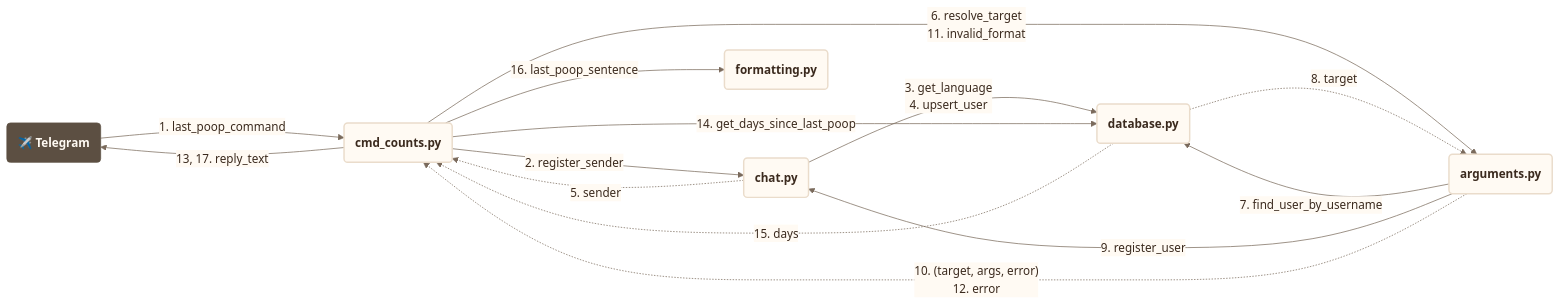
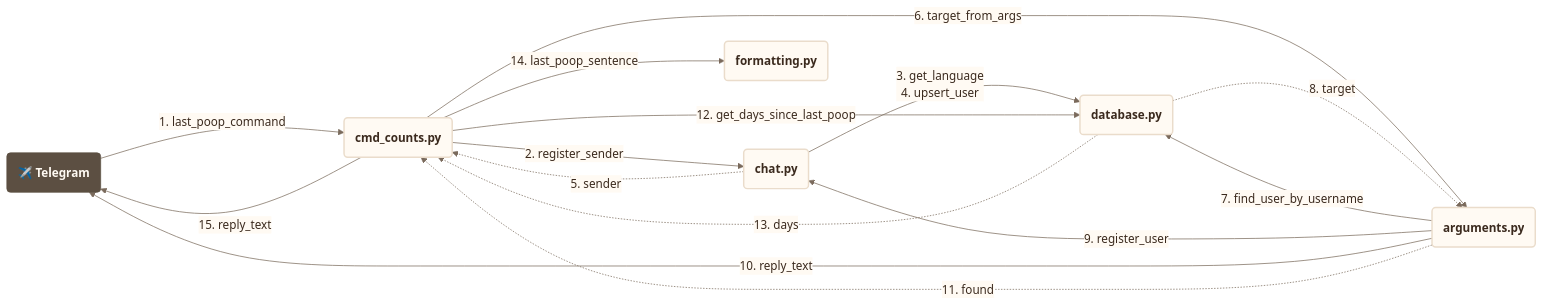
One commit to francescoperrino/Caccometro changed diagram 21 of 42 in docs/use_cases.md. Above: the diagram before and after it, drawn with Mermaid. The commit also changed other lines of this file and 9 other files, not shown here.

````diff
--- a/docs/use_cases.md
+++ b/docs/use_cases.md
@@ -1838,60 +1870,61 @@
 ```mermaid
 ---
 config:
   theme: base
   themeVariables:
     fontFamily: "Nunito, Segoe UI, Roboto, sans-serif"
     primaryColor: "#fffaf3"
     primaryTextColor: "#3b2a1e"
     primaryBorderColor: "#eadccb"
     secondaryColor: "#f7ecdc"
     tertiaryColor: "#f3e4d0"
     lineColor: "#7a6a5c"
     textColor: "#3b2a1e"
     edgeLabelBackground: "#fffaf3"
     clusterBkg: "#f3e4d0"
     clusterBorder: "#cbbca9"
     titleColor: "#5c4f42"
     noteBkgColor: "#f7ecdc"
     noteTextColor: "#3b2a1e"
     actorBkg: "#fffaf3"
     actorBorder: "#5c4f42"
     actorTextColor: "#3b2a1e"
     signalColor: "#7a6a5c"
     signalTextColor: "#3b2a1e"
     labelBoxBkgColor: "#f3e4d0"
     loopTextColor: "#3b2a1e"
     sequenceNumberColor: "#fffaf3"
     xyChart:
       plotColorPalette: "#2f4f8f"
   flowchart:
     nodeSpacing: 50
     rankSpacing: 160
 ---
 flowchart LR
     accTitle: Communication diagram, /last_poop (/ultima_cacca)
     accDescr: The modules involved, the functions each one calls in another and what comes back, numbered as in the sequence
     telegram("<b>✈️ Telegram</b>")
     cmd_counts("<b>cmd_counts.py</b>")
     chat("<b>chat.py</b>")
     database("<b>database.py</b>")
     arguments("<b>arguments.py</b>")
     formatting("<b>formatting.py</b>")
     telegram -->|"1.#nbsp;last_poop_command"| cmd_counts
     cmd_counts -->|"2.#nbsp;register_sender"| chat
     chat -->|"3.#nbsp;get_language<br/>4.#nbsp;upsert_user"| database
     chat -.->|"5.#nbsp;sender"| cmd_counts
-    cmd_counts -->|"6.#nbsp;resolve_target<br/>11.#nbsp;invalid_format"| arguments
+    cmd_counts -->|"6.#nbsp;target_from_args"| arguments
     arguments -->|"7.#nbsp;find_user_by_username"| database
     database -.->|"8.#nbsp;target"| arguments
     arguments -->|"9.#nbsp;register_user"| chat
-    arguments -.->|"10.#nbsp;(target, args, error)<br/>12.#nbsp;error"| cmd_counts
-    cmd_counts -->|"13, 17.#nbsp;reply_text"| telegram
-    cmd_counts -->|"14.#nbsp;get_days_since_last_poop"| database
-    database -.->|"15.#nbsp;days"| cmd_counts
-    cmd_counts -->|"16.#nbsp;last_poop_sentence"| formatting
+    arguments -->|"10.#nbsp;reply_text"| telegram
+    arguments -.->|"11.#nbsp;found"| cmd_counts
+    cmd_counts -->|"12.#nbsp;get_days_since_last_poop"| database
+    database -.->|"13.#nbsp;days"| cmd_counts
+    cmd_counts -->|"14.#nbsp;last_poop_sentence"| formatting
+    cmd_counts -->|"15.#nbsp;reply_text"| telegram
     classDef step fill:#fffaf3,stroke:#eadccb,stroke-width:2px,color:#3b2a1e
     classDef person fill:#5c4f42,stroke:#5c4f42,color:#fffaf3
     class cmd_counts,chat,database,arguments,formatting step
     class telegram person
 ```
````
